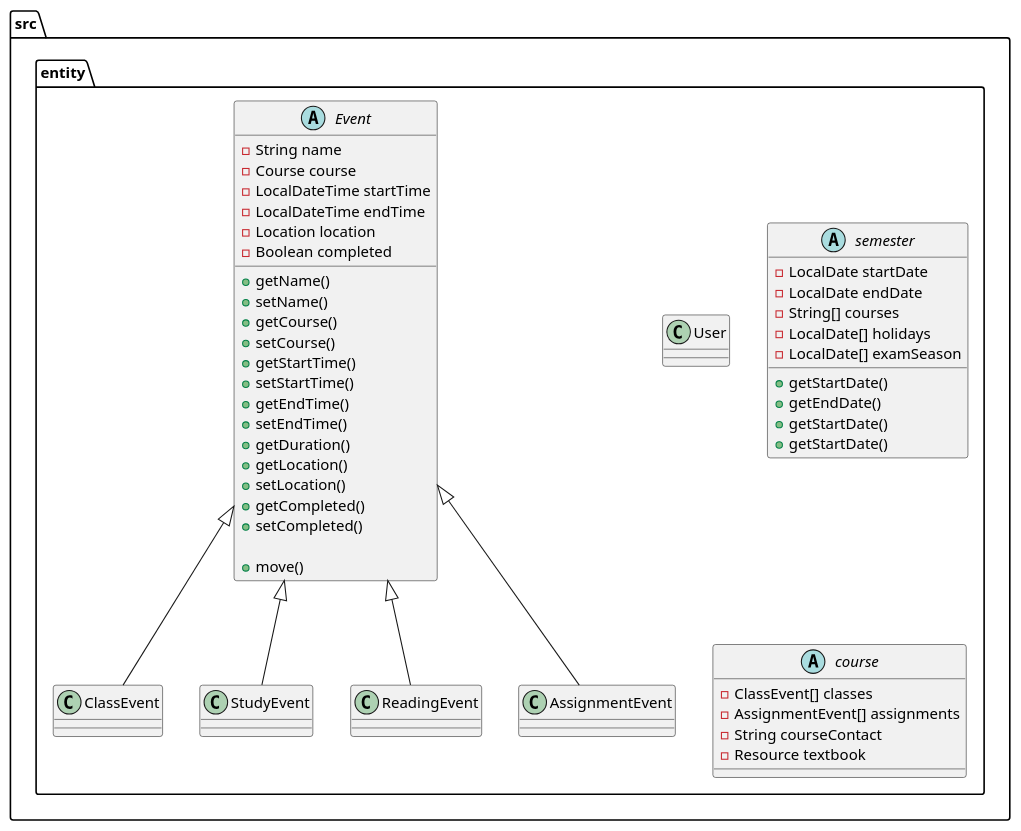
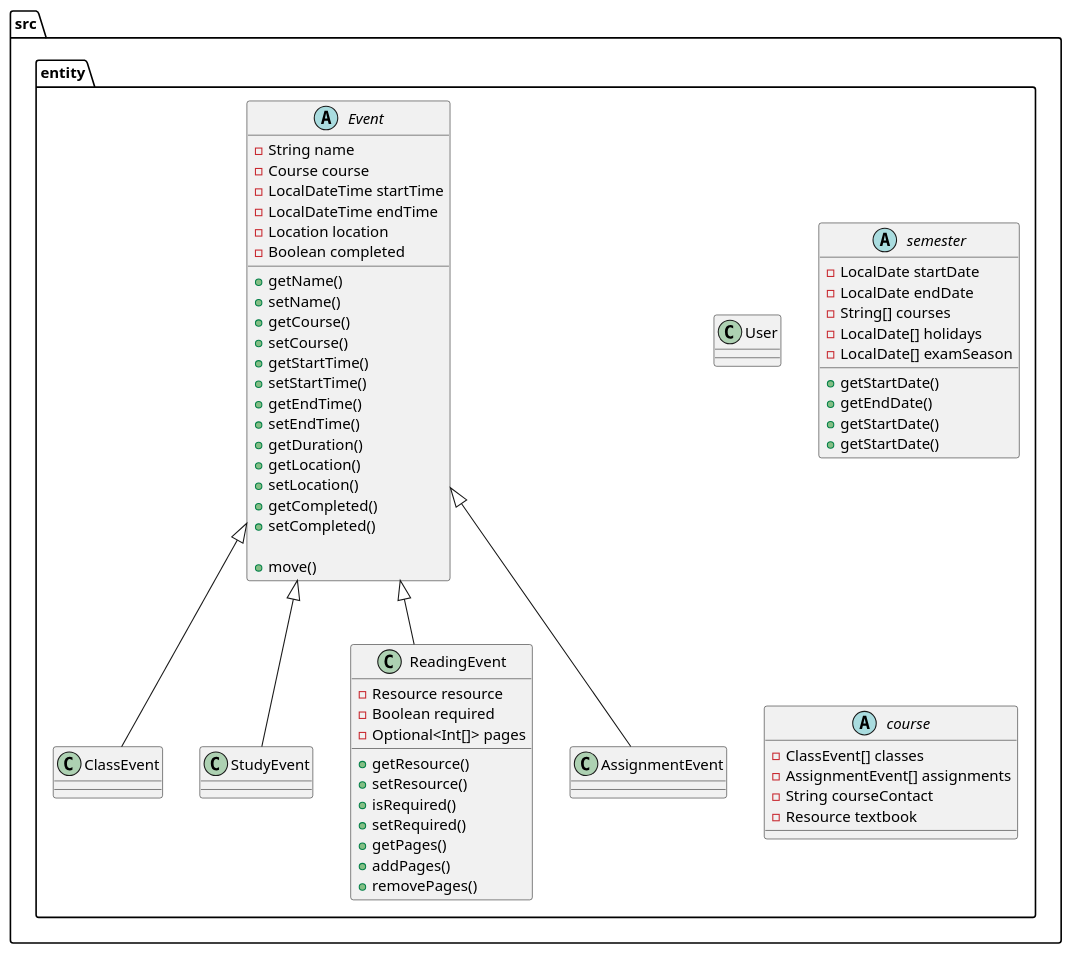
The diagram in DESIGN.puml (Rafiah-n/AcademiCal), drawn with PlantUML before and after one commit.

Commit message:
Added ReadingEvent to DESIGN.puml

```diff
--- a/DESIGN.puml
+++ b/DESIGN.puml
@@ -1,78 +1,88 @@
 @startuml
 
 folder src {
 
     folder entity {
 
         abstract Event {
             -String name
             -Course course
             -LocalDateTime startTime
             -LocalDateTime endTime
             -Location location
             -Boolean completed
 
             +getName()
             +setName()
             +getCourse()
             +setCourse()
             +getStartTime()
             +setStartTime()
             +getEndTime()
             +setEndTime()
             +getDuration()
             +getLocation()
             +setLocation()
             +getCompleted()
             +setCompleted()
 
             +move()  /' Moves start and end times in unison '/
         }
 
         class ClassEvent extends Event {
 
         }
 
         class StudyEvent extends Event {
 
         }
 
         class ReadingEvent extends Event {
+            -Resource resource
+            -Boolean required
+            -Optional<Int[]> pages
 
+            +getResource()
+            +setResource()
+            +isRequired()
+            +setRequired()
+            +getPages()
+            +addPages()
+            +removePages()
         }
 
         class AssignmentEvent extends Event {
 
         }
 
         class User {
             ' Unimplemented for now
         }
 
         abstract semester{
          - LocalDate startDate
          - LocalDate endDate
          - String[] courses
          - LocalDate[] holidays
          - LocalDate[] examSeason
 
          + getStartDate()
          + getEndDate()
          + getStartDate()
          + getStartDate()
 
         }
 
         abstract course {
         - ClassEvent[] classes
         - AssignmentEvent[] assignments
         - String courseContact
         - Resource textbook
 
         }
 
     }  /' folder entity '/
 
 }  /' folder src '/
 
 @enduml
```
